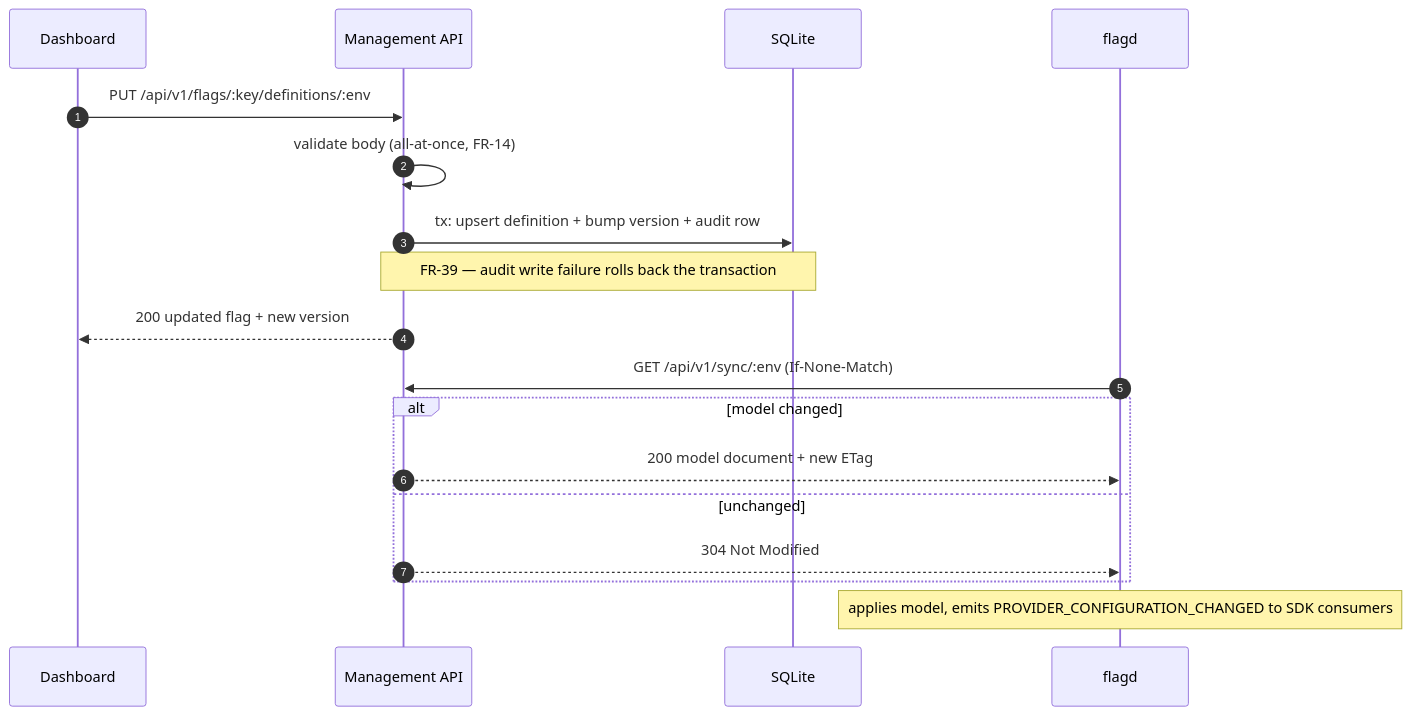
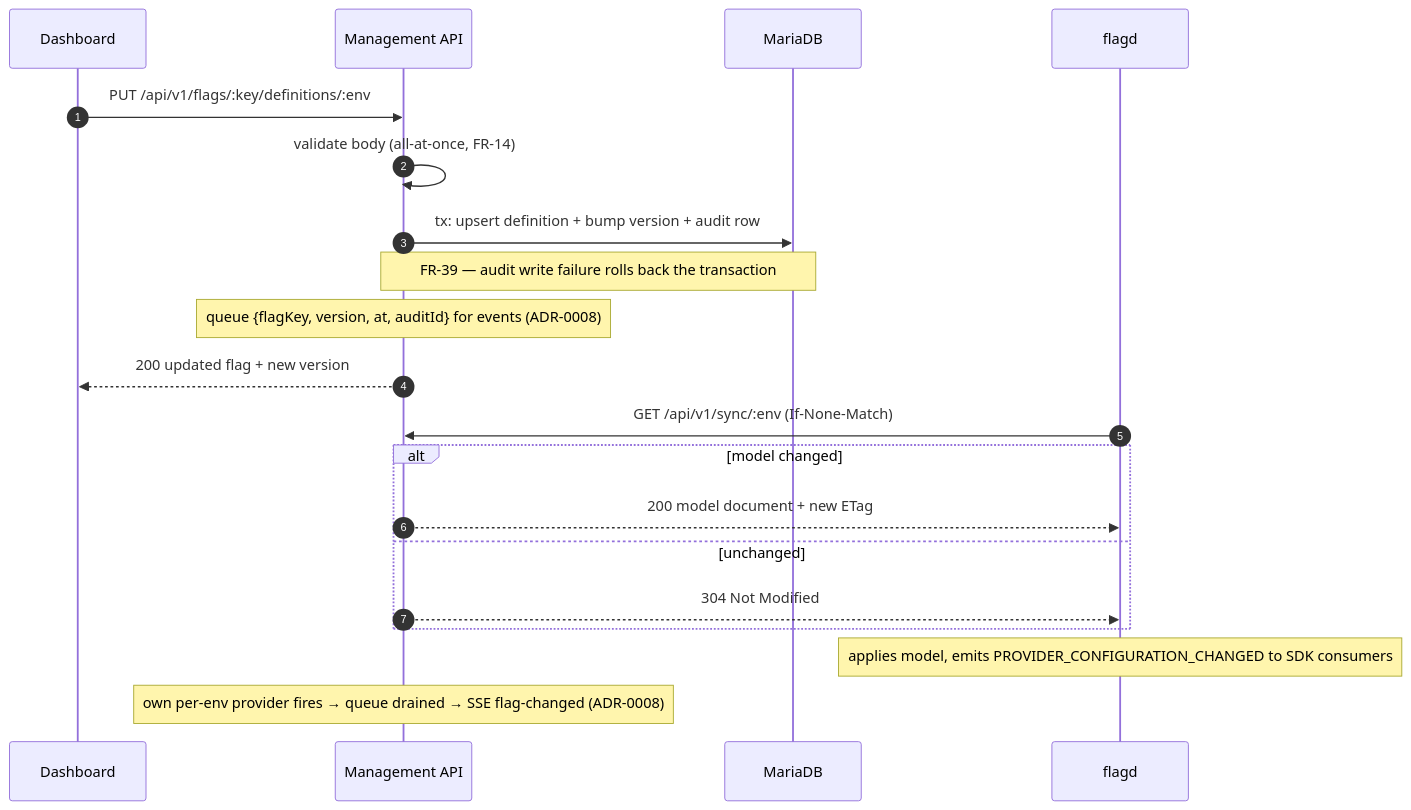
Before and after one commit to kokhoui83/flag-management-system-v2: the second of 5 diagrams in docs/02-architecture.md, drawn with Mermaid. The commit also changed other lines of this file and 11 other files, not shown here.

First line of the commit message:
Adopt MariaDB, Vue dashboard, and flag change events; document flagd scaling path

````diff
--- a/docs/02-architecture.md
+++ b/docs/02-architecture.md
@@ -169,21 +214,23 @@
 ```mermaid
 sequenceDiagram
     autonumber
     participant D as Dashboard
     participant API as Management API
-    participant DB as SQLite
+    participant DB as MariaDB
     participant F as flagd
 
     D->>API: PUT /api/v1/flags/:key/definitions/:env
     API->>API: validate body (all-at-once, FR-14)
     API->>DB: tx: upsert definition + bump version + audit row
     Note over API,DB: FR-39 — audit write failure rolls back the transaction
+    Note over API: queue {flagKey, version, at, auditId} for events (ADR-0008)
     API-->>D: 200 updated flag + new version
     F->>API: GET /api/v1/sync/:env (If-None-Match)
     alt model changed
         API-->>F: 200 model document + new ETag
     else unchanged
         API-->>F: 304 Not Modified
     end
     Note over F: applies model, emits PROVIDER_CONFIGURATION_CHANGED to SDK consumers
+    Note over API: own per-env provider fires → queue drained → SSE flag-changed (ADR-0008)
 ```
````
